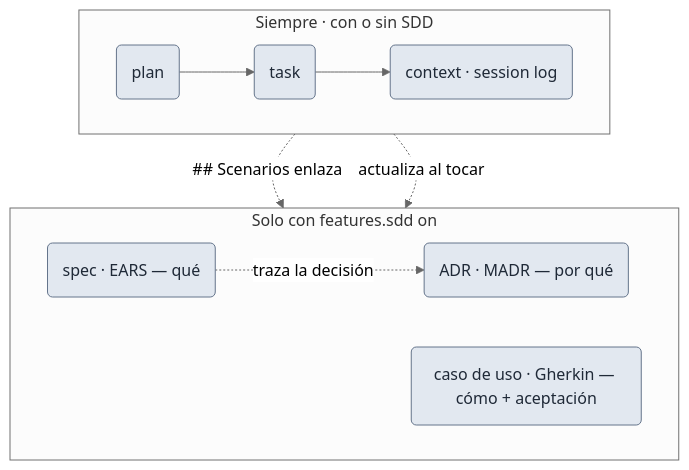
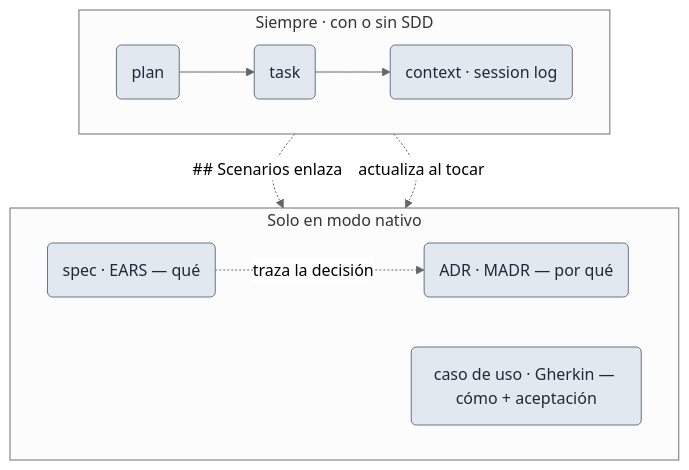
The first of 3 diagrams in website/features/sdd.md (drossan/claude-plugins), drawn with Mermaid (neutral theme) before and after one commit. The commit also changed other lines of this file and 14 other files, not shown here.

Commit message:
task-pipeline-sdd-proveedor-externo-05: docs(sdd): README, portal y release 0.18.0 del SDD con proveedor externo

````diff
--- a/website/features/sdd.md
+++ b/website/features/sdd.md
@@ -41,18 +56,18 @@
 ```mermaid
 flowchart TD
     subgraph base ["Siempre · con o sin SDD"]
       direction LR
       P("plan"):::normal --> T("task"):::normal --> C("context · session log"):::normal
     end
-    subgraph sdd ["Solo con features.sdd on"]
+    subgraph sdd ["Solo en modo nativo"]
       direction LR
       SP("spec · EARS — qué"):::normal
       CU("caso de uso · Gherkin — cómo + aceptación"):::normal
       ADR("ADR · MADR — por qué"):::normal
     end
     T -. "## Scenarios enlaza" .-> CU
     T -. "actualiza al tocar" .-> SP
     SP -. "traza la decisión" .-> ADR
 
     classDef normal fill:#e2e8f0,stroke:#64748b,color:#1f2937
 ```
````
